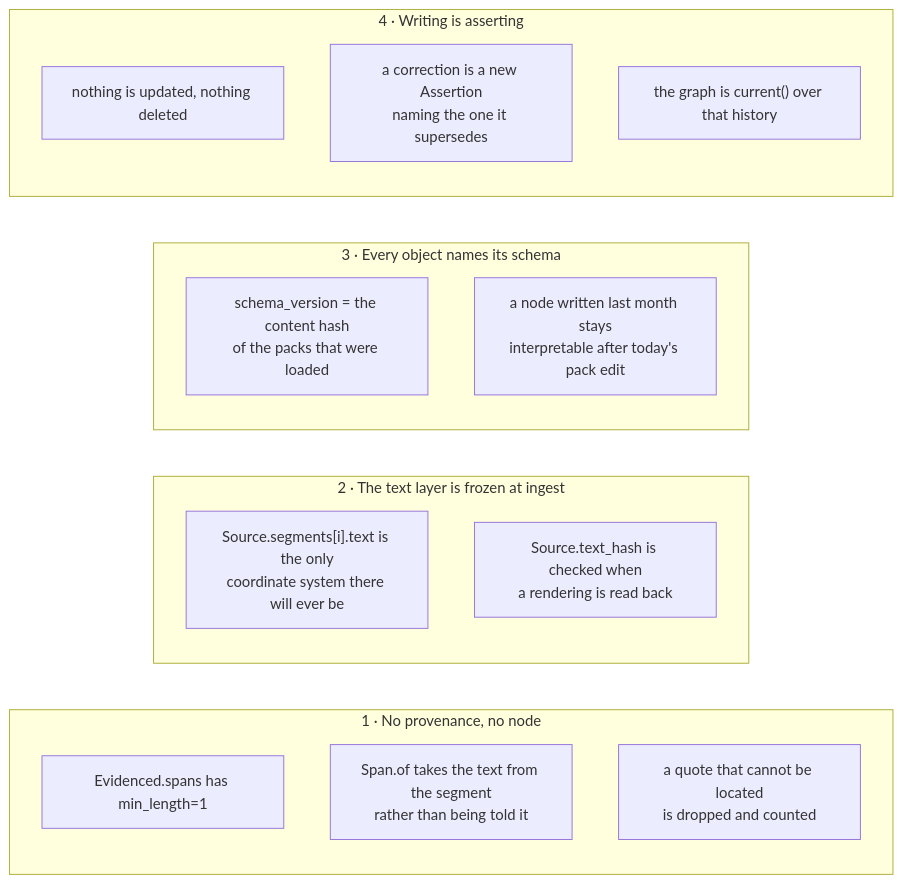
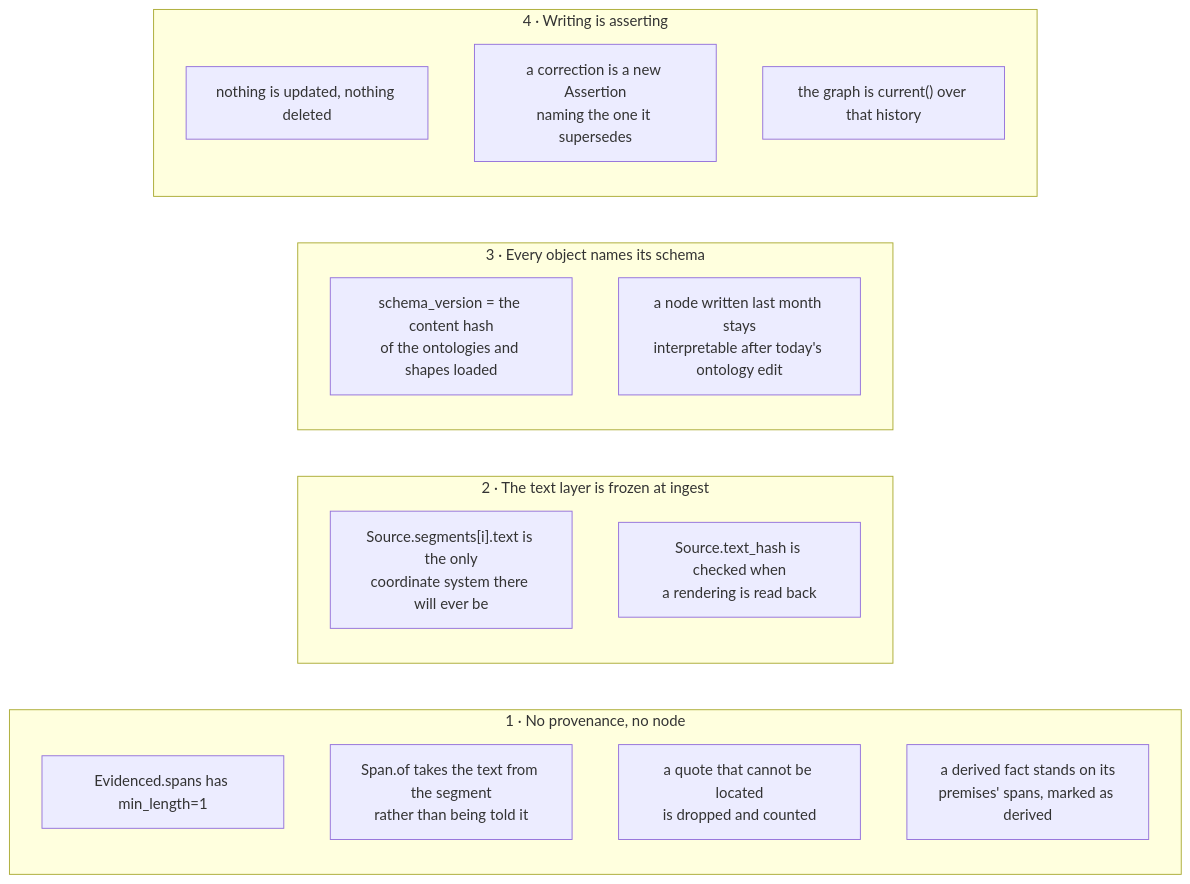
One commit to Hamyrappy/atlas-of-science changed the third of 6 diagrams in docs/overview.md. Above: the diagram before and after it, drawn with Mermaid. The commit also changed other lines of this file and 41 other files, not shown here.

````diff
--- a/docs/overview.md
+++ b/docs/overview.md
@@ -114,25 +120,26 @@
 ```mermaid
 flowchart LR
     subgraph ONE["1 · No provenance, no node"]
         direction TB
         O1["Evidenced.spans has min_length=1"]
         O2["Span.of takes the text from the segment<br/>rather than being told it"]
         O3["a quote that cannot be located<br/>is dropped and counted"]
+        O4["a derived fact stands on its<br/>premises' spans, marked as derived"]
     end
     subgraph TWO["2 · The text layer is frozen at ingest"]
         direction TB
         T1["Source.segments[i].text is the only<br/>coordinate system there will ever be"]
         T2["Source.text_hash is checked when<br/>a rendering is read back"]
     end
     subgraph THREE["3 · Every object names its schema"]
         direction TB
-        S1["schema_version = the content hash<br/>of the packs that were loaded"]
-        S2["a node written last month stays<br/>interpretable after today's pack edit"]
+        S1["schema_version = the content hash<br/>of the ontologies and shapes loaded"]
+        S2["a node written last month stays<br/>interpretable after today's ontology edit"]
     end
     subgraph FOUR["4 · Writing is asserting"]
         direction TB
         F1["nothing is updated, nothing deleted"]
         F2["a correction is a new Assertion<br/>naming the one it supersedes"]
         F3["the graph is current() over that history"]
     end
 ```
````
